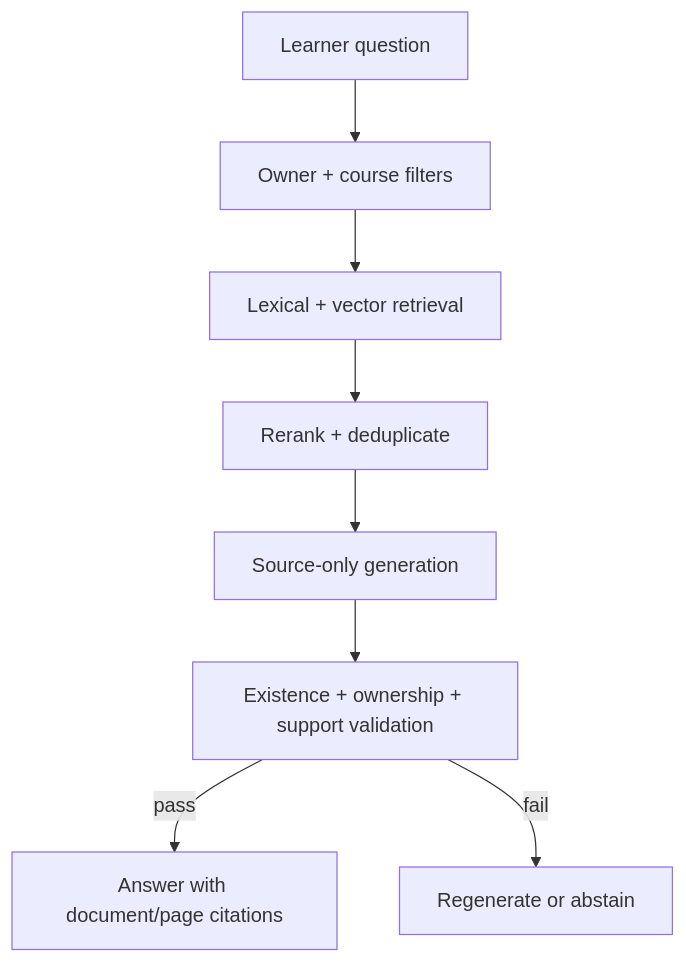
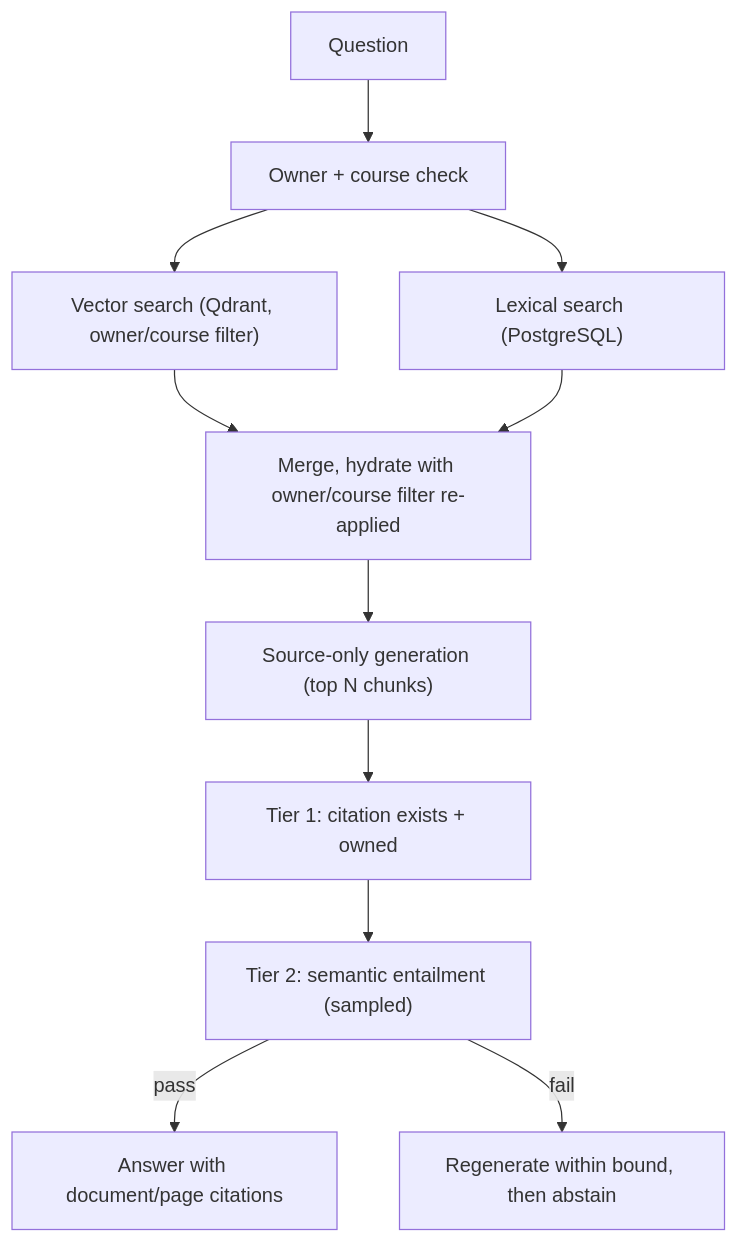
Before and after one commit to HARSHHLEDWANI/NeuroAdaptive-test: the third of 5 diagrams in architecture.md, drawn with Mermaid. The commit also changed other lines of this file, not shown here.

Commit message:
docs: rewrite architecture.md as built, keep frozen target as Part B

````diff
--- a/architecture.md
+++ b/architecture.md
@@ -160,10 +156,13 @@
 ```mermaid
 flowchart TD
-    Q["Learner question"] --> F["Owner + course filters"]
-    F --> H["Lexical + vector retrieval"]
-    H --> R["Rerank + deduplicate"]
-    R --> G["Source-only generation"]
-    G --> V["Existence + ownership + support validation"]
-    V -->|pass| A["Answer with document/page citations"]
-    V -->|fail| X["Regenerate or abstain"]
+    Q["Question"] --> O["Owner + course check"]
+    O --> V["Vector search (Qdrant, owner/course filter)"]
+    O --> L["Lexical search (PostgreSQL)"]
+    V --> M["Merge, hydrate with owner/course filter re-applied"]
+    L --> M
+    M --> G["Source-only generation (top N chunks)"]
+    G --> T1["Tier 1: citation exists + owned"]
+    T1 --> T2["Tier 2: semantic entailment (sampled)"]
+    T2 -->|pass| A["Answer with document/page citations"]
+    T2 -->|fail| X["Regenerate within bound, then abstain"]
 ```
````
